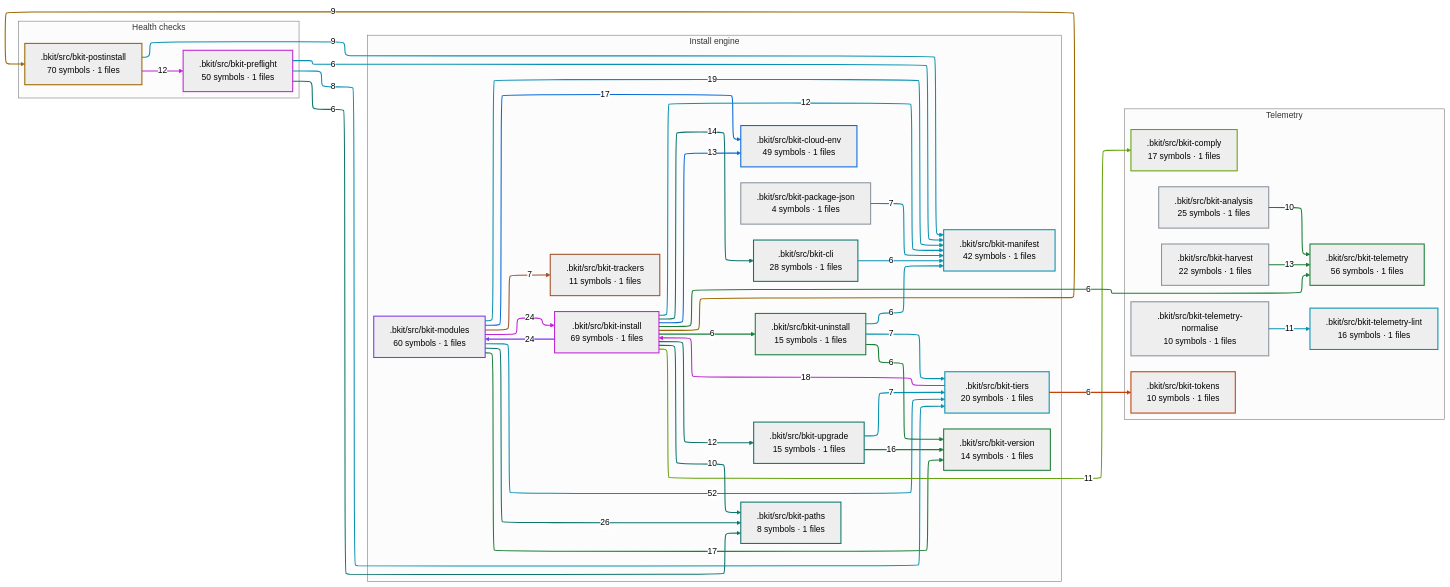
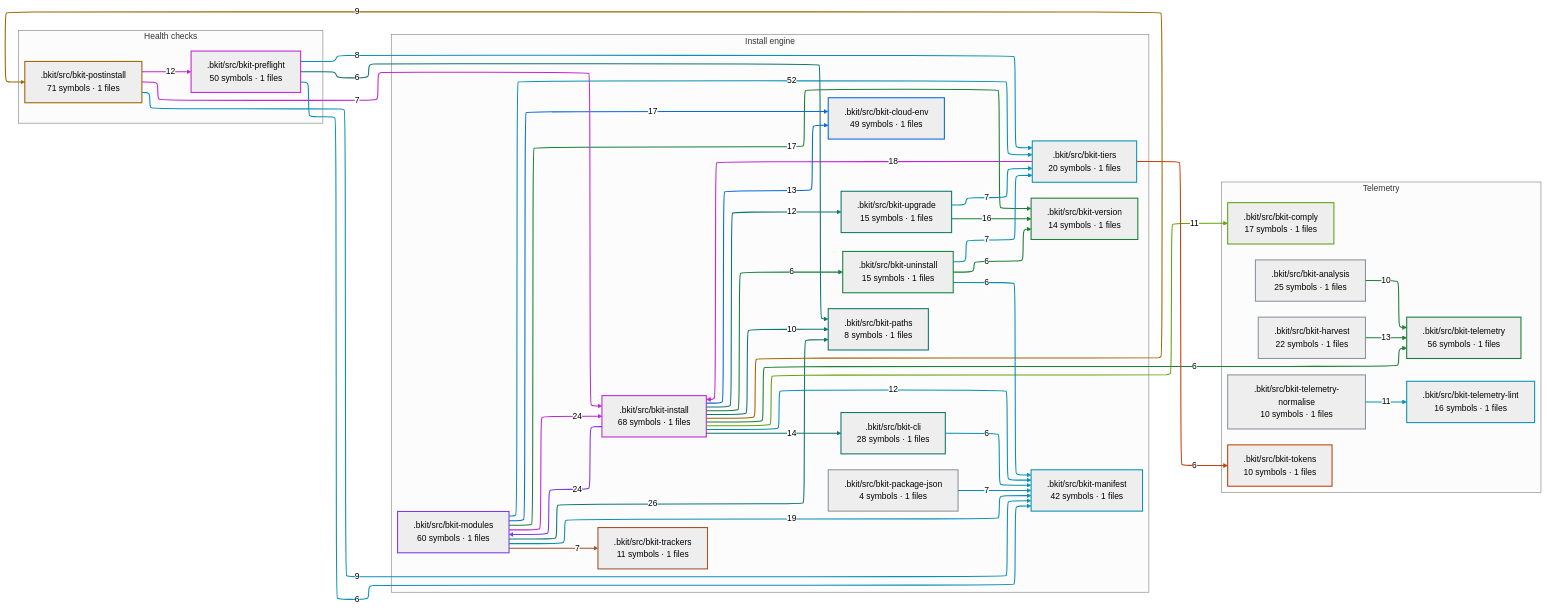
The third of 3 diagrams in docs/capabilities.md (cbartens/bkit), drawn with Mermaid (neutral theme) before and after one commit. The commit also changed other lines of this file and 9 other files, not shown here.

````diff
--- a/docs/capabilities.md
+++ b/docs/capabilities.md
@@ -189,15 +189,15 @@
     useMaxWidth: false
 ---
 flowchart LR
-  %% GENERATED by bkit-graphify-rollup.py from b5a442601f101d27d718aefb99b70868e53623c9 — do not edit
+  %% GENERATED by bkit-graphify-rollup.py from a9b9b06693aabe52020445b209b955fc3170f9bc — do not edit
   subgraph gncustom_health_checks["Health checks"]
-    n_bkit_src_bkit_postinstall[".bkit/src/bkit-postinstall<br/>70 symbols · 1 files"]
+    n_bkit_src_bkit_postinstall[".bkit/src/bkit-postinstall<br/>71 symbols · 1 files"]
     n_bkit_src_bkit_preflight[".bkit/src/bkit-preflight<br/>50 symbols · 1 files"]
   end
   subgraph gncustom_install_engine["Install engine"]
     n_bkit_src_bkit_cli[".bkit/src/bkit-cli<br/>28 symbols · 1 files"]
     n_bkit_src_bkit_cloud_env[".bkit/src/bkit-cloud-env<br/>49 symbols · 1 files"]
-    n_bkit_src_bkit_install[".bkit/src/bkit-install<br/>69 symbols · 1 files"]
+    n_bkit_src_bkit_install[".bkit/src/bkit-install<br/>68 symbols · 1 files"]
     n_bkit_src_bkit_manifest[".bkit/src/bkit-manifest<br/>42 symbols · 1 files"]
     n_bkit_src_bkit_modules[".bkit/src/bkit-modules<br/>60 symbols · 1 files"]
     n_bkit_src_bkit_package_json[".bkit/src/bkit-package-json<br/>4 symbols · 1 files"]
@@ -241,6 +241,7 @@
   n_bkit_src_bkit_preflight -->|8| n_bkit_src_bkit_tiers
   n_bkit_src_bkit_modules -->|7| n_bkit_src_bkit_trackers
   n_bkit_src_bkit_package_json -->|7| n_bkit_src_bkit_manifest
+  n_bkit_src_bkit_postinstall -->|7| n_bkit_src_bkit_install
   n_bkit_src_bkit_uninstall -->|7| n_bkit_src_bkit_tiers
   n_bkit_src_bkit_upgrade -->|7| n_bkit_src_bkit_tiers
   n_bkit_src_bkit_cli -->|6| n_bkit_src_bkit_manifest
@@ -296,14 +297,15 @@
   linkStyle 21 stroke:#0891b2,stroke-width:2px
   linkStyle 22 stroke:#a0522d,stroke-width:2px
   linkStyle 23 stroke:#0891b2,stroke-width:2px
-  linkStyle 24 stroke:#0891b2,stroke-width:2px
+  linkStyle 24 stroke:#c026d3,stroke-width:2px
   linkStyle 25 stroke:#0891b2,stroke-width:2px
   linkStyle 26 stroke:#0891b2,stroke-width:2px
-  linkStyle 27 stroke:#1a7f37,stroke-width:2px
-  linkStyle 28 stroke:#15803d,stroke-width:2px
-  linkStyle 29 stroke:#0f766e,stroke-width:2px
-  linkStyle 30 stroke:#0891b2,stroke-width:2px
-  linkStyle 31 stroke:#c2410c,stroke-width:2px
-  linkStyle 32 stroke:#0891b2,stroke-width:2px
-  linkStyle 33 stroke:#1a7f37,stroke-width:2px
+  linkStyle 27 stroke:#0891b2,stroke-width:2px
+  linkStyle 28 stroke:#1a7f37,stroke-width:2px
+  linkStyle 29 stroke:#15803d,stroke-width:2px
+  linkStyle 30 stroke:#0f766e,stroke-width:2px
+  linkStyle 31 stroke:#0891b2,stroke-width:2px
+  linkStyle 32 stroke:#c2410c,stroke-width:2px
+  linkStyle 33 stroke:#0891b2,stroke-width:2px
+  linkStyle 34 stroke:#1a7f37,stroke-width:2px
 ```
````
